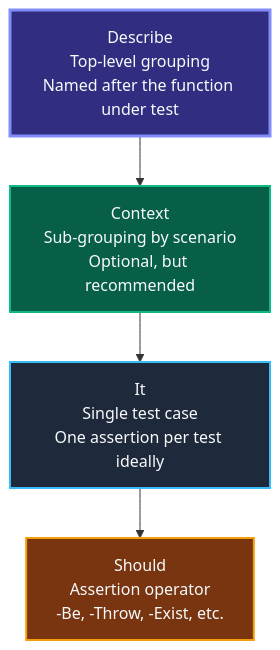
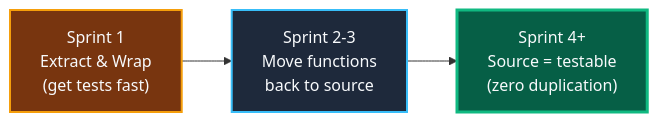
Before and after one commit to gitpavleenbali/Pester-Workshop: the third of 7 diagrams in website/content/02-enterprise-positioning.md, drawn with Mermaid. The commit also changed other lines of this file and 9 other files, not shown here.

````diff
--- a/website/content/02-enterprise-positioning.md
+++ b/website/content/02-enterprise-positioning.md
@@ -164,14 +157,9 @@
 ```mermaid
-graph TB
-    DESC["Describe<br/>Top-level grouping<br/>Named after the function under test"]
-    CTX["Context<br/>Sub-grouping by scenario<br/>Optional, but recommended"]
-    IT["It<br/>Single test case<br/>One assertion per test ideally"]
-    SHOULD["Should<br/>Assertion operator<br/>-Be, -Throw, -Exist, etc."]
+graph LR
+    S1["Sprint 1<br/>Extract & Wrap<br/>(get tests fast)"] --> S2["Sprint 2-3<br/>Move functions<br/>back to source"]
+    S2 --> S3["Sprint 4+<br/>Source = testable<br/>(zero duplication)"]
 
-    DESC --> CTX --> IT --> SHOULD
-
-    style DESC fill:#312e81,stroke:#818cf8,color:#f8fafc,stroke-width:3px
-    style CTX fill:#065f46,stroke:#10b981,color:#f8fafc,stroke-width:2px
-    style IT fill:#1e293b,stroke:#38bdf8,color:#f8fafc,stroke-width:2px
-    style SHOULD fill:#78350f,stroke:#f59e0b,color:#f8fafc,stroke-width:2px
+    style S1 fill:#78350f,stroke:#f59e0b,color:#f8fafc,stroke-width:2px
+    style S2 fill:#1e293b,stroke:#38bdf8,color:#f8fafc,stroke-width:2px
+    style S3 fill:#065f46,stroke:#10b981,color:#f8fafc,stroke-width:3px
 ```
````
